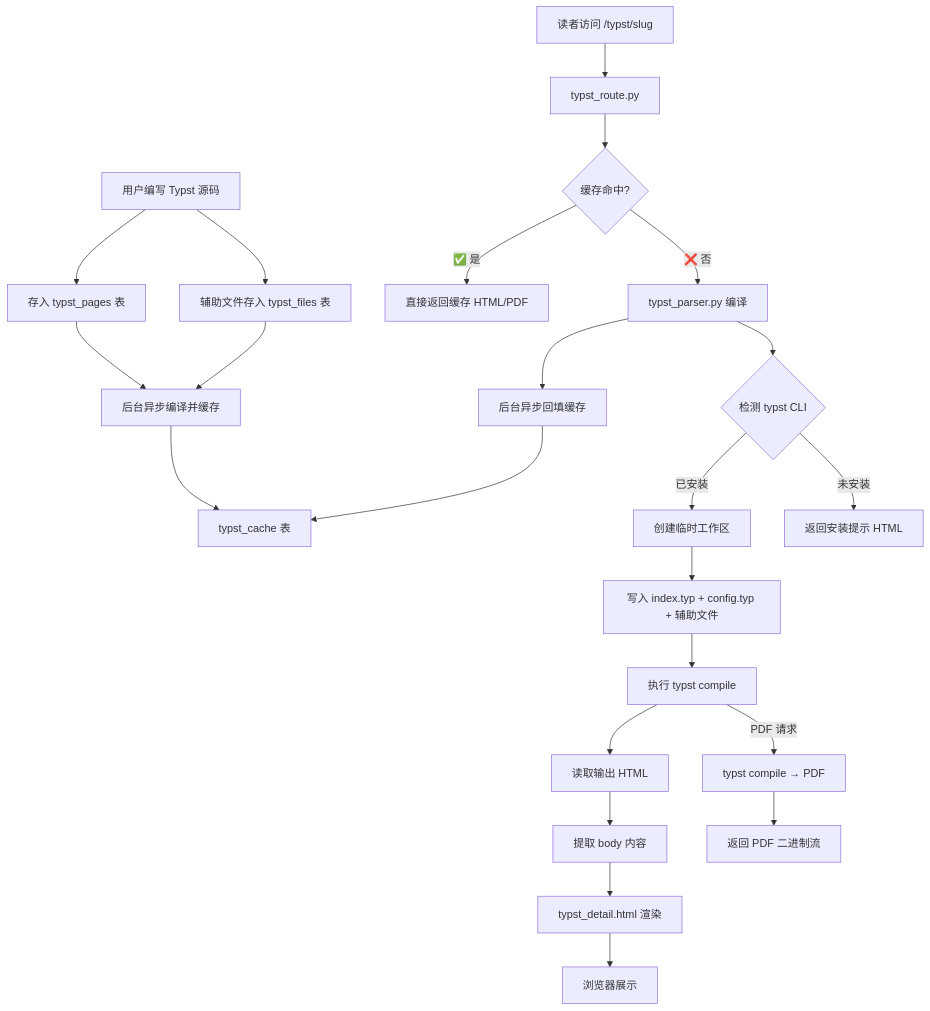
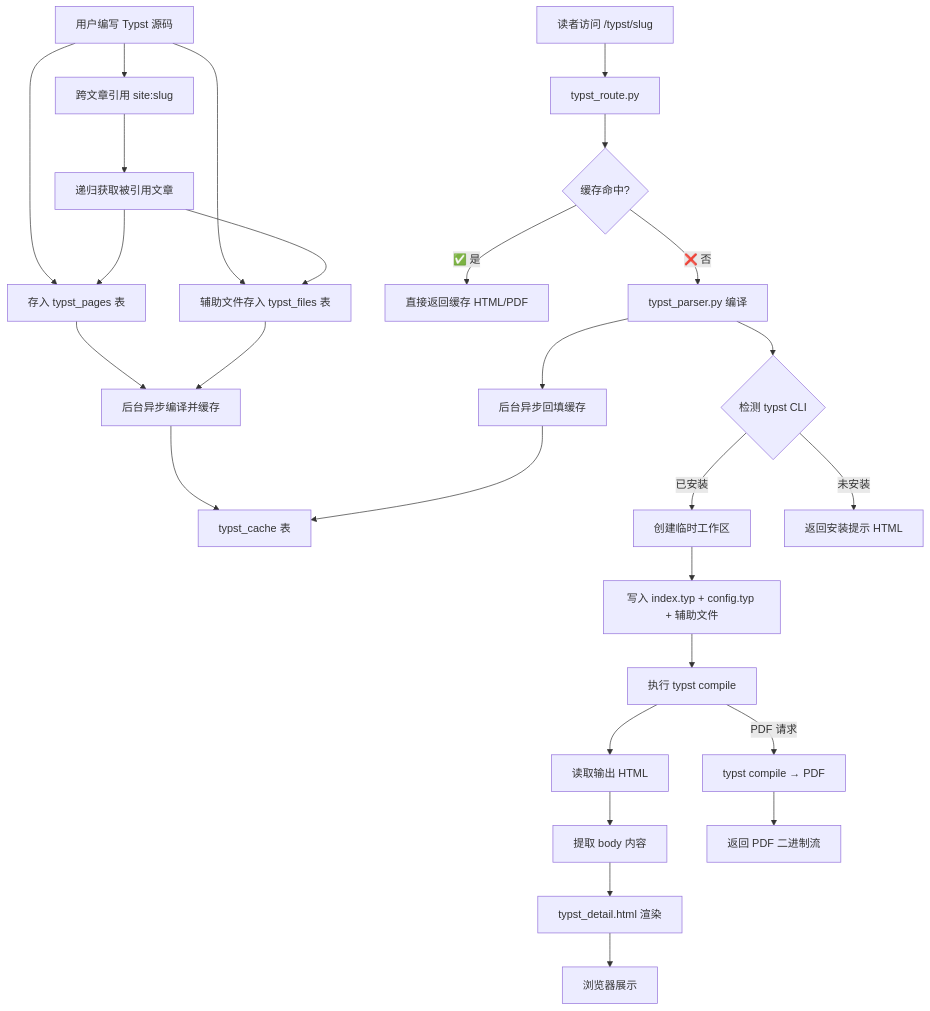
Before and after one commit to CrossDark/PyKYCH: the first of 5 diagrams in docs/Typst模块实现文档.md, drawn with Mermaid. The commit also changed other lines of this file and 4 other files, not shown here.

````diff
--- a/docs/Typst模块实现文档.md
+++ b/docs/Typst模块实现文档.md
@@ -32,28 +33,32 @@
 ```mermaid
 flowchart TD
     A[用户编写 Typst 源码] --> B[存入 typst_pages 表]
     A --> C[辅助文件存入 typst_files 表]
+    A --> C2[跨文章引用 site:slug]
+    C2 --> C3[递归获取被引用文章]
+    C3 --> B
+    C3 --> C
     B --> B2[后台异步编译并缓存]
     C --> B2
     B2 --> B3[typst_cache 表]
     
     D[读者访问 /typst/slug] --> E[typst_route.py]
     E --> F{缓存命中?}
     F -->|✅ 是| F2[直接返回缓存 HTML/PDF]
     F -->|❌ 否| G[typst_parser.py 编译]
     G --> H{检测 typst CLI}
     H -->|已安装| I[创建临时工作区]
     H -->|未安装| J[返回安装提示 HTML]
     I --> K[写入 index.typ + config.typ + 辅助文件]
     K --> L[执行 typst compile]
     L --> M[读取输出 HTML]
     M --> N[提取 body 内容]
     N --> O[typst_detail.html 渲染]
     O --> P[浏览器展示]
     
     G --> G2[后台异步回填缓存]
     G2 --> B3
     
     L -->|PDF 请求| Q[typst compile → PDF]
     Q --> R[返回 PDF 二进制流]
 ```
````
